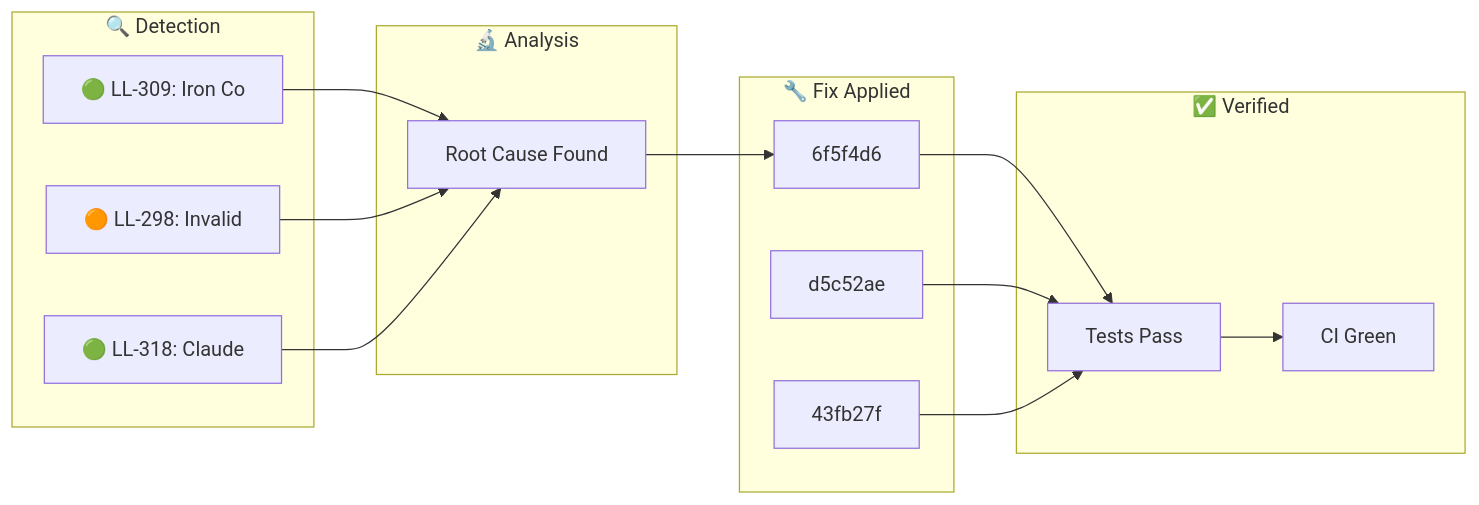
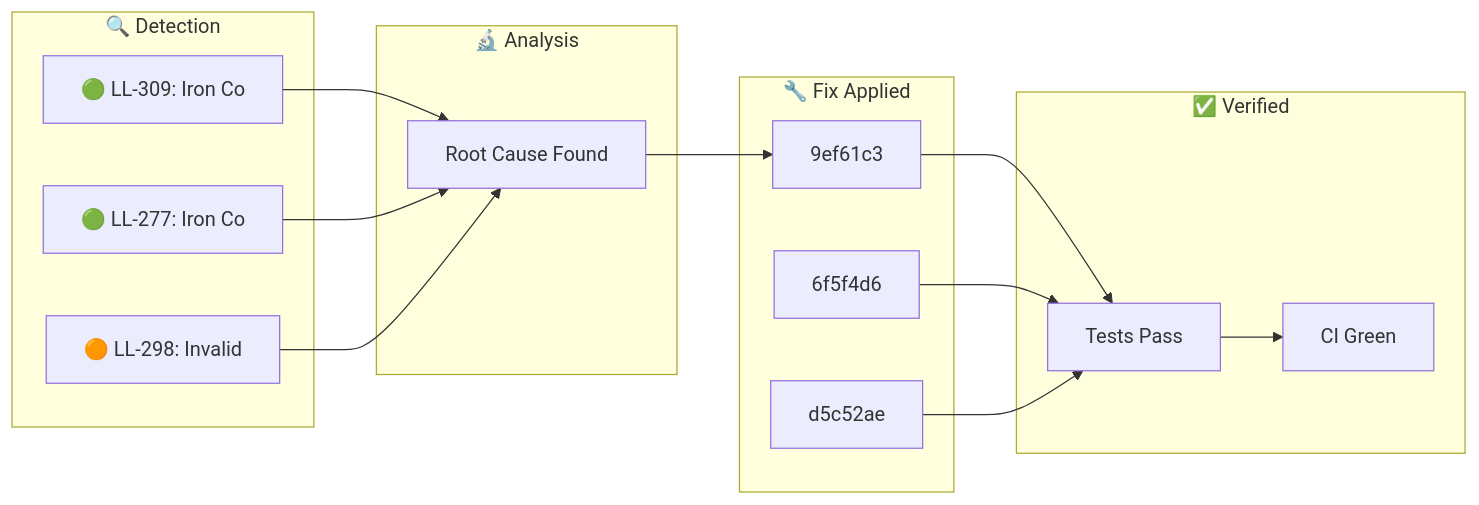
One commit to YoByron/trading changed the diagram in docs/_posts/2026-01-29-ralph-discovery.md. Above: the diagram before and after it, drawn with Mermaid. The commit also changed other lines of this file, not shown here.

````diff
--- a/docs/_posts/2026-01-29-ralph-discovery.md
+++ b/docs/_posts/2026-01-29-ralph-discovery.md
@@ -17,28 +17,28 @@
 ```mermaid
 flowchart LR
     subgraph Detection["🔍 Detection"]
         D1["🟢 LL-309: Iron Co"]
-        D2["🟠 LL-298: Invalid"]
-        D3["🟢 LL-318: Claude "]
+        D2["🟢 LL-277: Iron Co"]
+        D3["🟠 LL-298: Invalid"]
     end
     subgraph Analysis["🔬 Analysis"]
         A1["Root Cause Found"]
     end
     subgraph Fix["🔧 Fix Applied"]
-        F1["6f5f4d6"]
-        F2["d5c52ae"]
-        F3["43fb27f"]
+        F1["9ef61c3"]
+        F2["6f5f4d6"]
+        F3["d5c52ae"]
     end
     subgraph Verify["✅ Verified"]
         V1["Tests Pass"]
         V2["CI Green"]
     end
     D1 --> A1
     D2 --> A1
     D3 --> A1
     A1 --> F1
     F1 --> V1
     F2 --> V1
     F3 --> V1
     V1 --> V2
 ```
````
